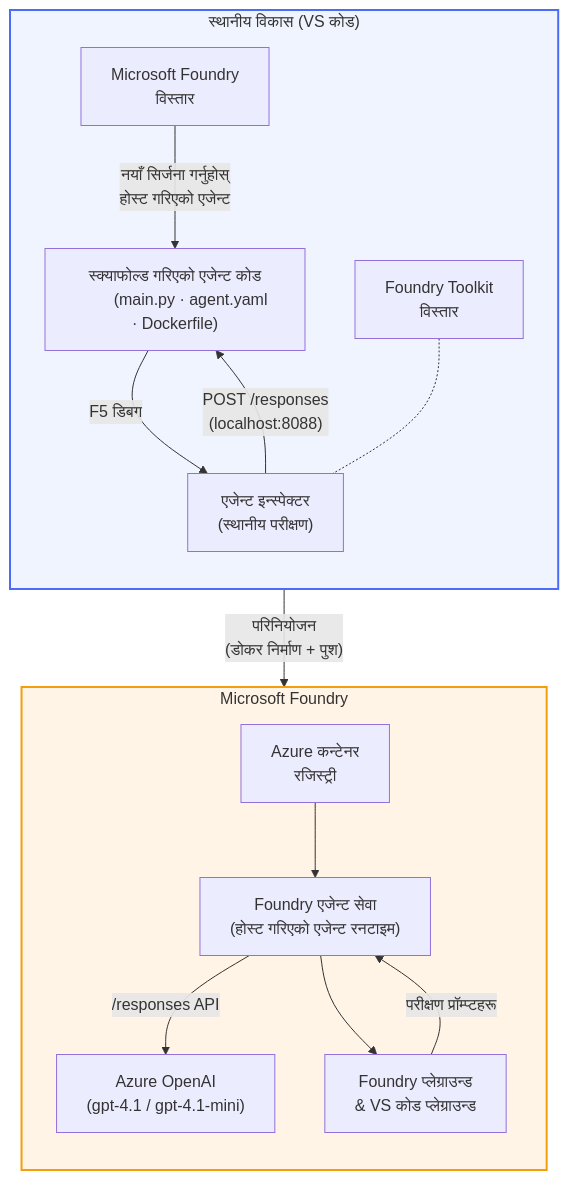
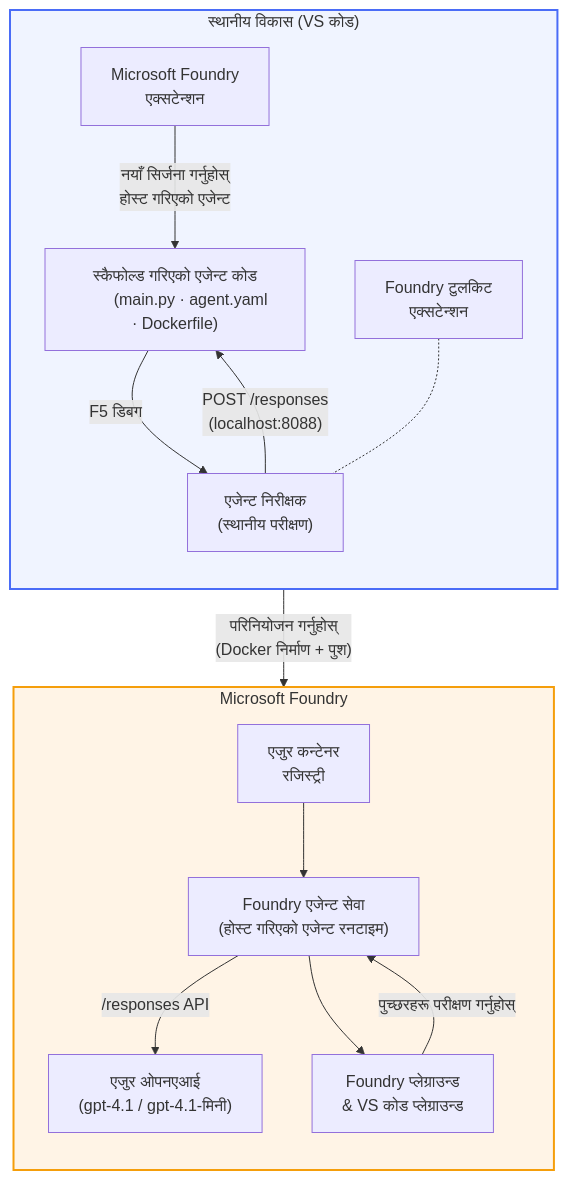
Before and after one commit to microsoft-foundry/Foundry_Toolkit_for_VSCode_Lab: the diagram in translations/ne/README.md, drawn with Mermaid. The commit also changed other lines of this file and 110 other files, not shown here.

````diff
--- a/translations/ne/README.md
+++ b/translations/ne/README.md
@@ -48,42 +52,42 @@
 ```mermaid
 flowchart TB
     subgraph Local["स्थानीय विकास (VS कोड)"]
         direction TB
         FE["Microsoft Foundry
-        विस्तार"]
-        FoundryToolkit["Foundry Toolkit
-        विस्तार"]
-        Scaffold["स्क्याफोल्ड गरिएको एजेन्ट कोड
+        एक्सटेन्शन"]
+        FoundryToolkit["Foundry टुलकिट
+        एक्सटेन्शन"]
+        Scaffold["स्कैफोल्ड गरिएको एजेन्ट कोड
         (main.py · agent.yaml · Dockerfile)"]
-        Inspector["एजेन्ट इन्स्पेक्टर
+        Inspector["एजेन्ट निरीक्षक
         (स्थानीय परीक्षण)"]
         FE -- "नयाँ सिर्जना गर्नुहोस्
         होस्ट गरिएको एजेन्ट" --> Scaffold
         Scaffold -- "F5 डिबग" --> Inspector
         FoundryToolkit -.- Inspector
     end
 
     subgraph Cloud["Microsoft Foundry"]
         direction TB
-        ACR["Azure कन्टेनर
+        ACR["एजुर कन्टेनर
         रजिस्ट्री"]
         AgentService["Foundry एजेन्ट सेवा
         (होस्ट गरिएको एजेन्ट रनटाइम)"]
-        Model["Azure OpenAI
-        (gpt-4.1 / gpt-4.1-mini)"]
+        Model["एजुर ओपनएआई
+        (gpt-4.1 / gpt-4.1-मिनी)"]
         Playground["Foundry प्लेग्राउन्ड
         & VS कोड प्लेग्राउन्ड"]
         ACR --> AgentService
         AgentService -- "/responses API" --> Model
         AgentService --> Playground
     end
 
-    Scaffold -- "परिनियोजन
-    (डोकर निर्माण + पुश)" --> ACR
+    Scaffold -- "परिनियोजन गर्नुहोस्
+    (Docker निर्माण + पुश)" --> ACR
     Inspector -- "POST /responses
     (localhost:8088)" --> Scaffold
-    Playground -- "परीक्षण प्रॉम्प्टहरू" --> AgentService
+    Playground -- "पुच्छरहरू परीक्षण गर्नुहोस्" --> AgentService
 
     style Local fill:#f0f4ff,stroke:#4a6cf7,stroke-width:2px
     style Cloud fill:#fff4e6,stroke:#f59e0b,stroke-width:2px
 ```
````
